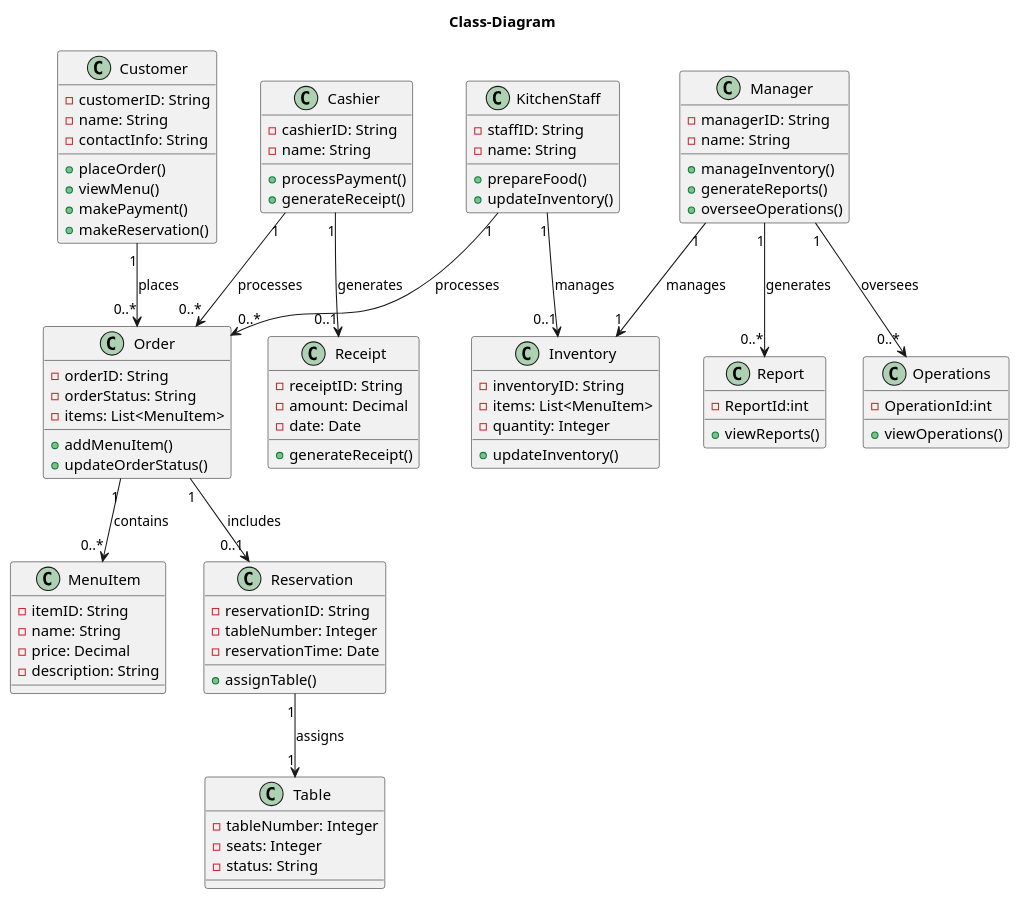
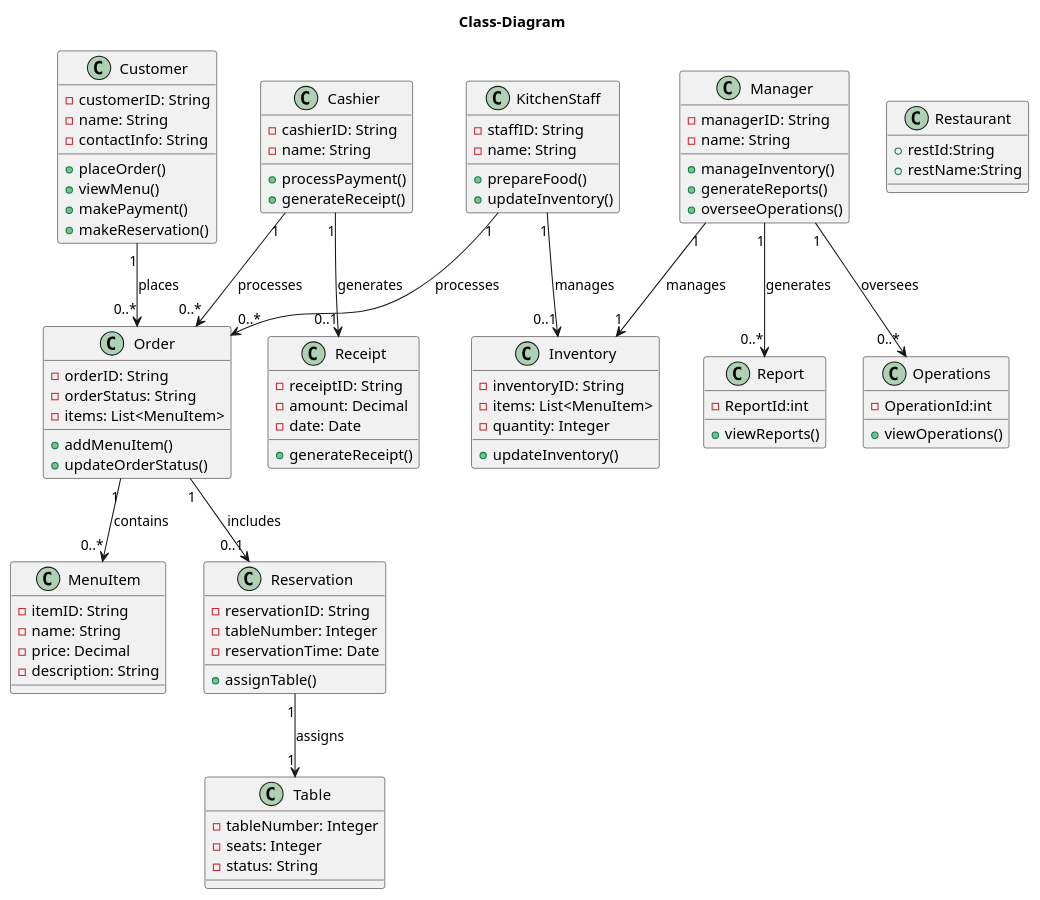
Before and after one commit to sohamdc/Restaurant-Uml-Diagrams: the diagram in Class-Diagram.puml, drawn with PlantUML.

Commit message:
Changes in class diagram

```diff
--- a/Class-Diagram.puml
+++ b/Class-Diagram.puml
@@ -1,102 +1,108 @@
 @startuml
 
 title "Class-Diagram"
 ' Define the classes
 class Customer {
     - customerID: String
     - name: String
     - contactInfo: String
     + placeOrder()
     + viewMenu()
     + makePayment()
     + makeReservation()
+}
+
+class Restaurant
+{
+    +restId:String
+    +restName:String
 }
 
 class Order {
     - orderID: String
     - orderStatus: String
     - items: List<MenuItem>
     + addMenuItem()
     + updateOrderStatus()
 }
 
 class MenuItem {
     - itemID: String
     - name: String
     - price: Decimal
     - description: String
 }
 
 class Reservation {
     - reservationID: String
     - tableNumber: Integer
     - reservationTime: Date
     + assignTable()
 }
 
 class Table {
     - tableNumber: Integer
     - seats: Integer
     - status: String
 }
 
 class KitchenStaff {
     - staffID: String
     - name: String
     + prepareFood()
     + updateInventory()
 }
 
 class Inventory {
     - inventoryID: String
     - items: List<MenuItem>
     - quantity: Integer
     + updateInventory()
 }
 
 class Cashier {
     - cashierID: String
     - name: String
     + processPayment()
     + generateReceipt()
 }
 
 class Receipt {
     - receiptID: String
     - amount: Decimal
     - date: Date
     + generateReceipt()
 }
 
 class Manager {
     - managerID: String
     - name: String
     + manageInventory()
     + generateReports()
     + overseeOperations()
 }
 
 class Operations{
 -OperationId:int
 +viewOperations()
 }
 
 class Report{
 -ReportId:int
 +viewReports()
 }
 
 
 ' Relationships
 Customer "1" --> "0..*" Order : places
 Order "1" --> "0..*" MenuItem : contains
 Order "1" --> "0..1" Reservation : includes
 Reservation "1" --> "1" Table : assigns
 KitchenStaff "1" --> "0..1" Inventory : manages
 KitchenStaff "1" --> "0..*" Order : processes
 Cashier "1" --> "0..1" Receipt : generates
 Cashier "1" --> "0..*" Order : processes
 Manager "1" --> "1" Inventory : manages
 Manager "1" --> "0..*" Report : generates
 Manager "1" --> "0..*" Operations : oversees
 @enduml
```
